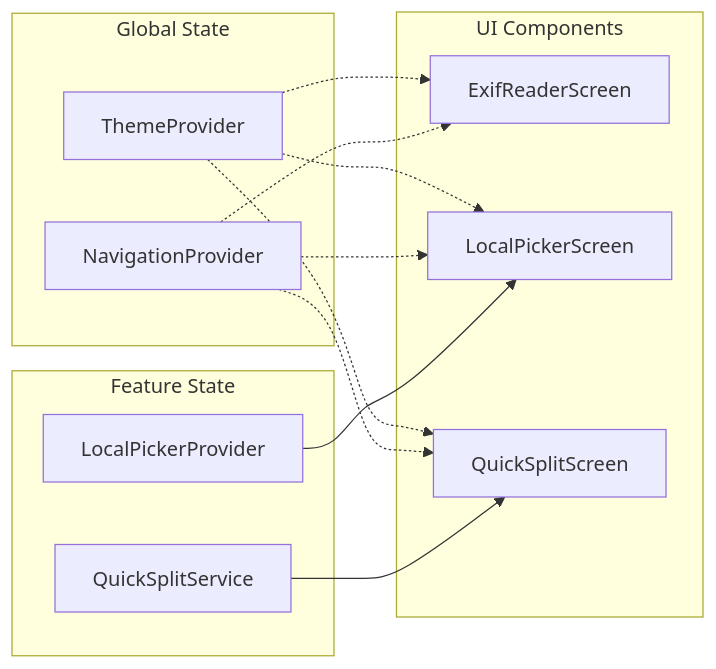
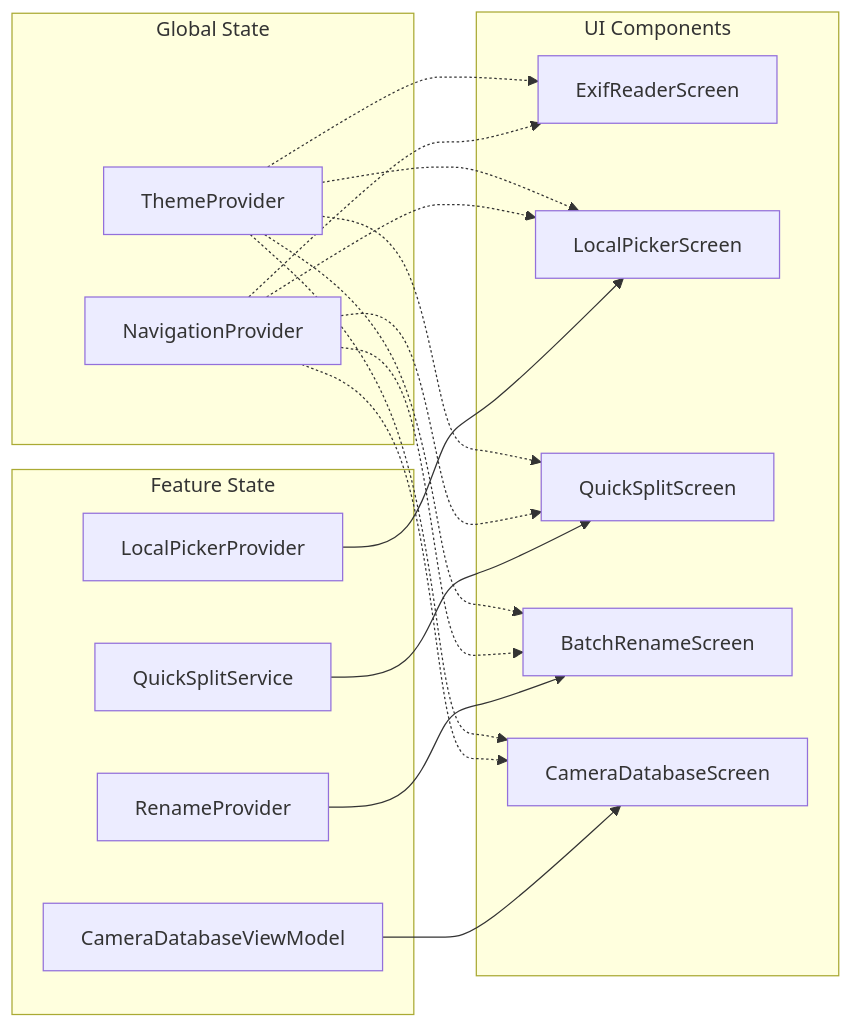
One commit to OldSuns/Camera_Toolbox changed the fourth of 8 diagrams in memory_bank/architecture.md. Above: the diagram before and after it, drawn with Mermaid. The commit also changed other lines of this file and 17 other files, not shown here.

````diff
--- a/memory_bank/architecture.md
+++ b/memory_bank/architecture.md
@@ -126,29 +132,39 @@
 ```mermaid
 graph LR
     subgraph "Global State"
         TP[ThemeProvider]
         NP[NavigationProvider]
     end
     
     subgraph "Feature State"
         LPP[LocalPickerProvider]
         QSP[QuickSplitService]
+        BRP[RenameProvider]
+        CDP[CameraDatabaseViewModel]
     end
     
     subgraph "UI Components"
         UI1[ExifReaderScreen]
         UI2[LocalPickerScreen]
         UI3[QuickSplitScreen]
+        UI4[BatchRenameScreen]
+        UI5[CameraDatabaseScreen]
     end
     
     TP -.-> UI1
     TP -.-> UI2
     TP -.-> UI3
+    TP -.-> UI4
+    TP -.-> UI5
     
     NP -.-> UI1
     NP -.-> UI2
     NP -.-> UI3
+    NP -.-> UI4
+    NP -.-> UI5
     
     LPP --> UI2
     QSP --> UI3
+    BRP --> UI4
+    CDP --> UI5
 ```
````
